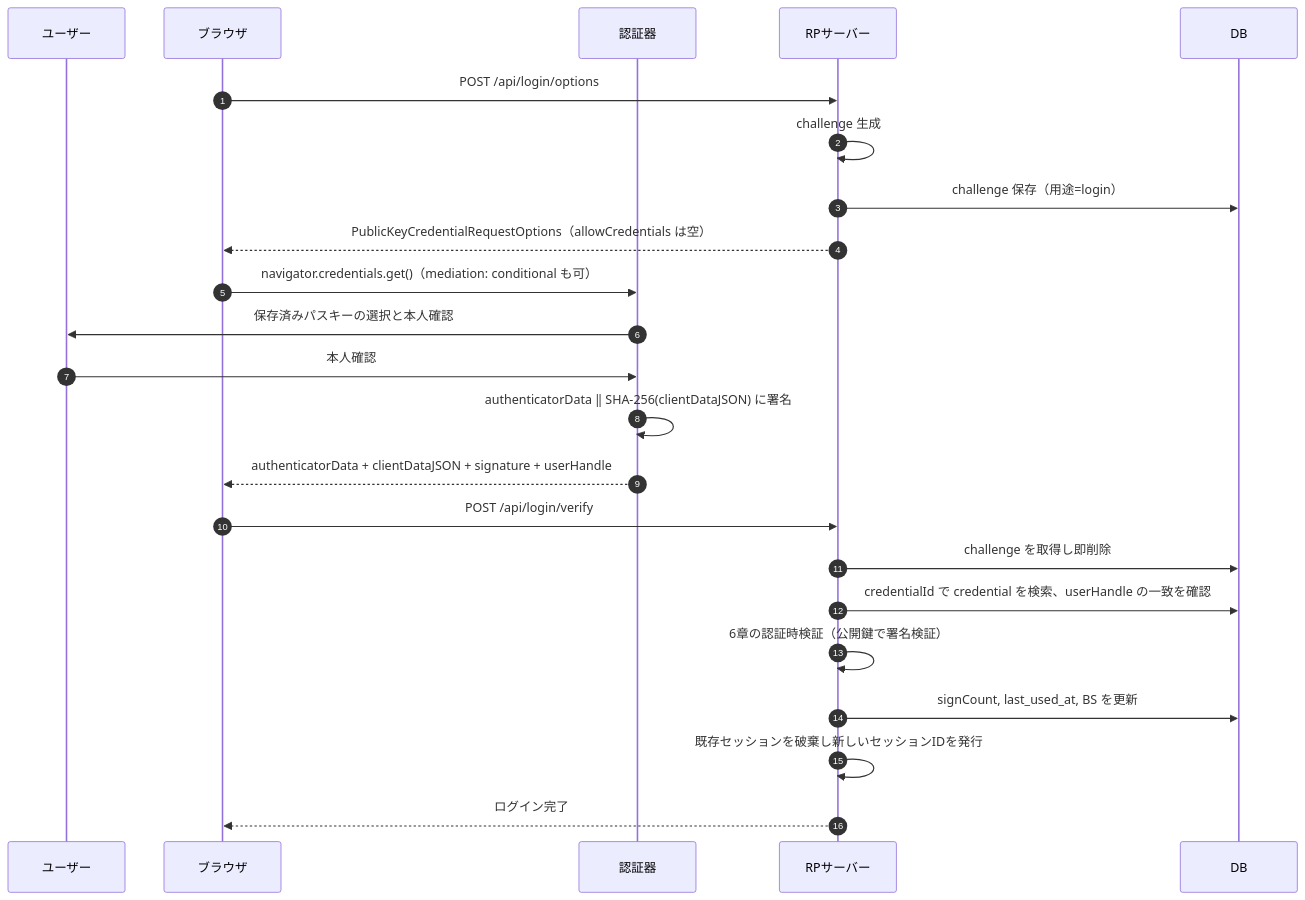
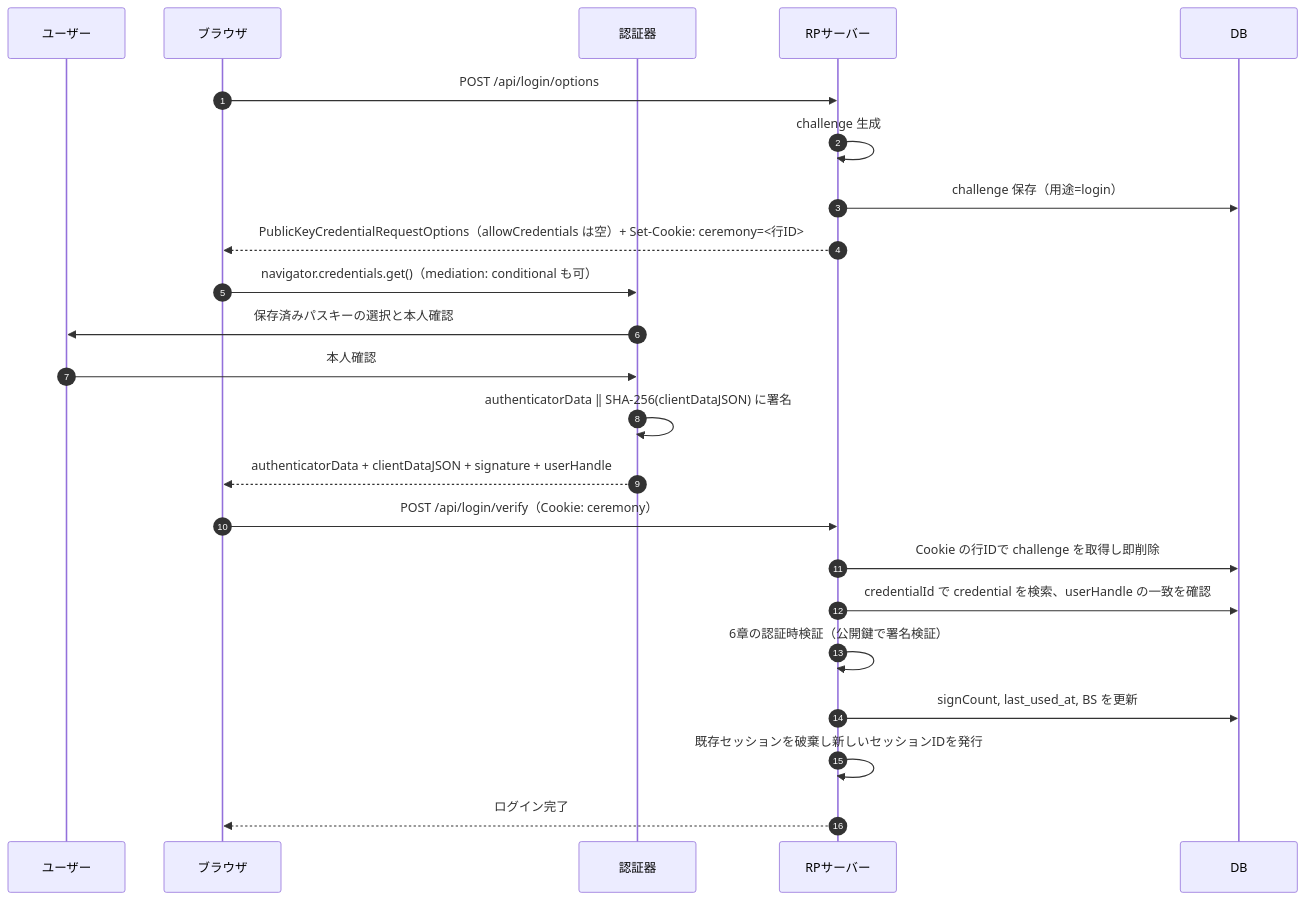
Before and after one commit to KazusaNakagawa/try-pass-key: the fourth of 6 diagrams in docs/01-architecture-proposal-poc.md, drawn with Mermaid. The commit also changed other lines of this file and 3 other files, not shown here.

````diff
--- a/docs/01-architecture-proposal-poc.md
+++ b/docs/01-architecture-proposal-poc.md
@@ -211,26 +217,26 @@
 ```mermaid
 sequenceDiagram
   autonumber
   participant U as ユーザー
   participant B as ブラウザ
   participant A as 認証器
   participant S as RPサーバー
   participant D as DB
 
   B->>S: POST /api/login/options
   S->>S: challenge 生成
   S->>D: challenge 保存（用途=login）
-  S-->>B: PublicKeyCredentialRequestOptions（allowCredentials は空）
+  S-->>B: PublicKeyCredentialRequestOptions（allowCredentials は空）+ Set-Cookie: ceremony=<行ID>
   B->>A: navigator.credentials.get()（mediation: conditional も可）
   A->>U: 保存済みパスキーの選択と本人確認
   U->>A: 本人確認
   A->>A: authenticatorData ‖ SHA-256(clientDataJSON) に署名
   A-->>B: authenticatorData + clientDataJSON + signature + userHandle
-  B->>S: POST /api/login/verify
-  S->>D: challenge を取得し即削除
+  B->>S: POST /api/login/verify（Cookie: ceremony）
+  S->>D: Cookie の行IDで challenge を取得し即削除
   S->>D: credentialId で credential を検索、userHandle の一致を確認
   S->>S: 6章の認証時検証（公開鍵で署名検証）
   S->>D: signCount, last_used_at, BS を更新
   S->>S: 既存セッションを破棄し新しいセッションIDを発行
   S-->>B: ログイン完了
 ```
````
